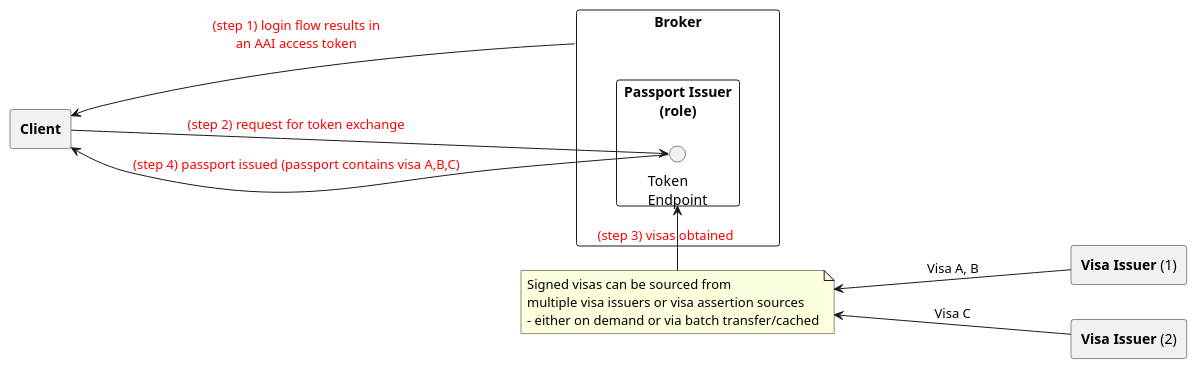
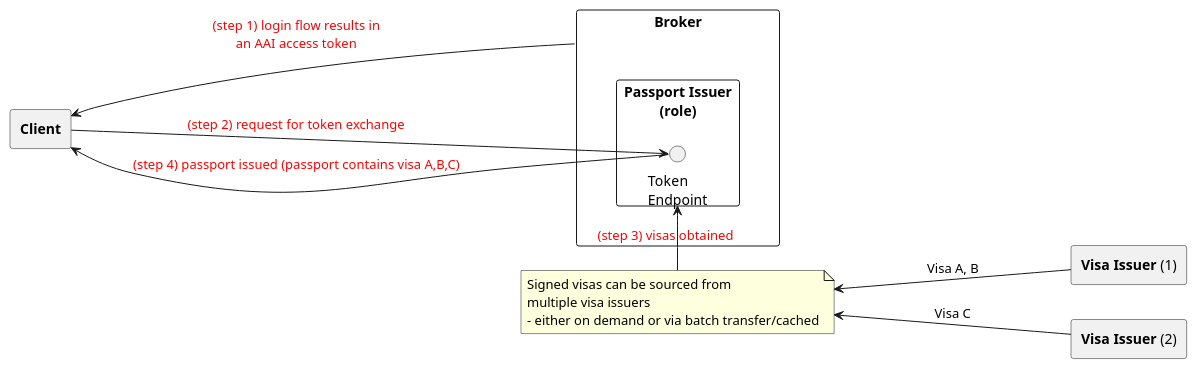
One commit to ga4gh/data-security changed the second of 2 diagrams in AAI/AAIConnectProfile.md. Above: the diagram before and after it, drawn with PlantUML. The commit also changed other lines of this file and 1 other file, not shown here.

First line of the commit message:
Reverted initial commit of diagram and headers.

```diff
--- a/AAI/AAIConnectProfile.md
+++ b/AAI/AAIConnectProfile.md
@@ -500,26 +491,26 @@
 @startuml
 skinparam componentStyle rectangle
 left to right direction
 
 component "<b>Client</b>" as Client
 
 component "<b>Broker</b>" as Broker {
-    component "<b>Passport Issuer</b>\n(role)" as PassportIssuer {
-        interface "Token\nEndpoint" as TokenEndpoint
-    }
+component "<b>Passport Issuer</b>\n(role)" as PassportIssuer {
+interface "Token\nEndpoint" as TokenEndpoint
+}
 }
 
 component "<b>Visa Issuer</b> (1)" as VisaIssuer1
 component "<b>Visa Issuer</b> (2)" as VisaIssuer2
 
-note "Signed visas can be sourced from\nmultiple visa issuers or visa assertion sources\n- either on demand or via batch transfer/cached" as VisaNote
+note "Signed visas can be sourced from\nmultiple visa issuers\n- either on demand or via batch transfer/cached" as VisaNote
 
 VisaIssuer1 --up--> VisaNote : Visa A, B
 VisaIssuer2 --up--> VisaNote : Visa C
 
 Client <-- Broker #text:red : (step 1) login flow results in\nan AAI access token
 Client ---> TokenEndpoint #text:red : (step 2) request for token exchange
 VisaNote ---right---> PassportIssuer #text:red : (step 3) visas obtained
 Client <-- TokenEndpoint  #text:red : (step 4) passport issued (passport contains visa A,B,C)
 
-@enduml
+@enduml    
```
